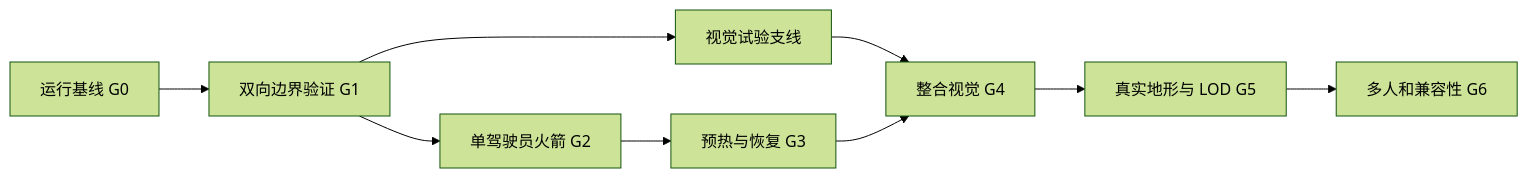
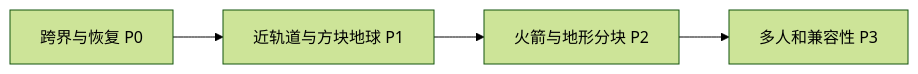
The diagram in docs/03-development-roadmap.md (MineRealms/Rocket), drawn with Mermaid (forest theme) before and after one commit. The commit also changed other lines of this file and 18 other files, not shown here.

````diff
--- a/docs/03-development-roadmap.md
+++ b/docs/03-development-roadmap.md
@@ -7,11 +6,6 @@
 ```mermaid
 flowchart LR
-    G0[运行基线 G0] --> G1[双向边界验证 G1]
-    G1 --> G2[单驾驶员火箭 G2]
-    G2 --> G3[预热与恢复 G3]
-    G1 --> V[视觉试验支线]
-    V --> G4[整合视觉 G4]
-    G3 --> G4
-    G4 --> G5[真实地形与 LOD G5]
-    G5 --> G6[多人和兼容性 G6]
+    P0[跨界与恢复 P0] --> P1[近轨道与方块地球 P1]
+    P1 --> P2[火箭与地形分块 P2]
+    P2 --> P3[多人和兼容性 P3]
 ```
````
